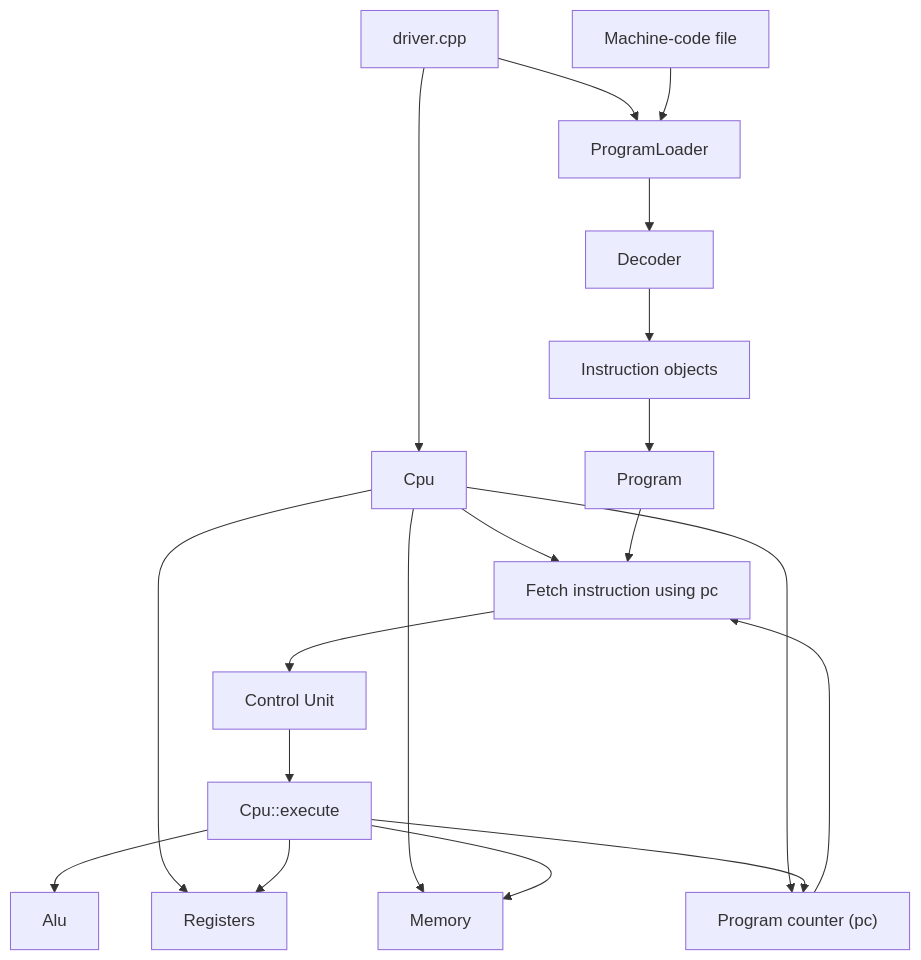
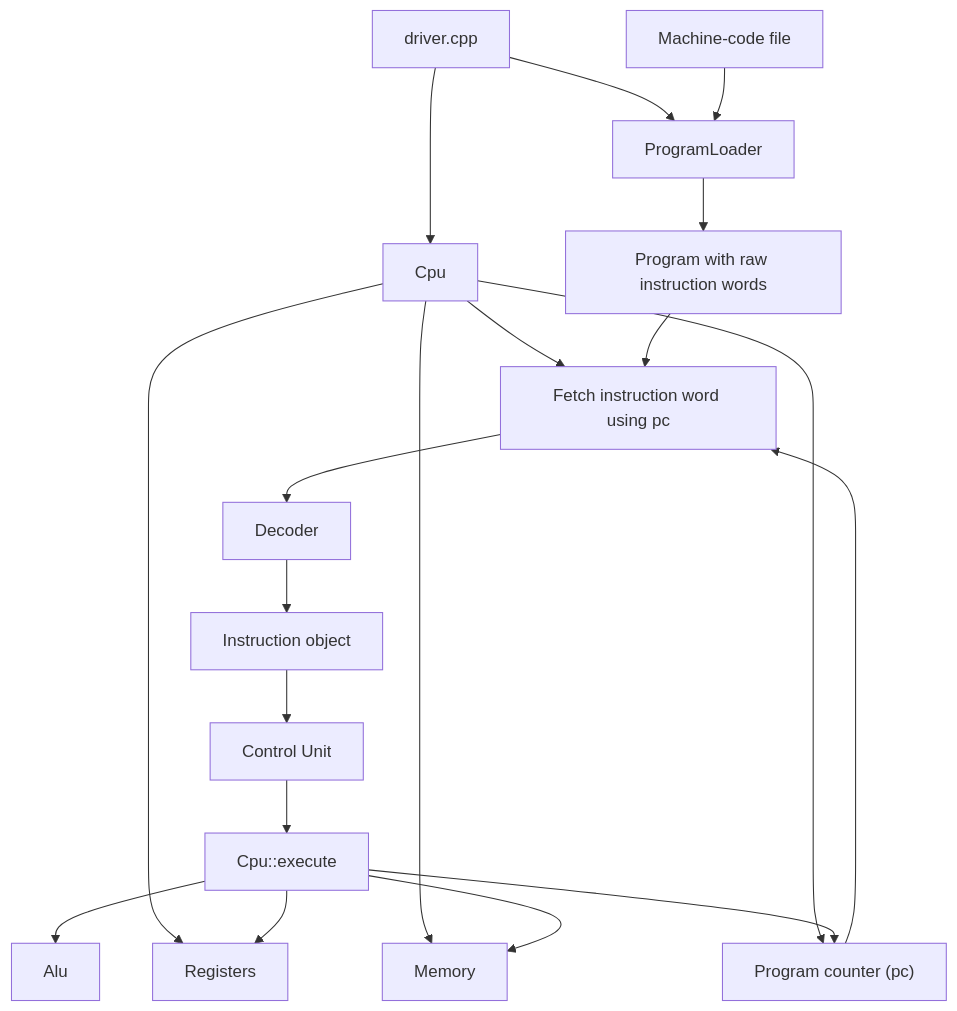
Before and after one commit to iitianpushkar/RISC-V-ISA-Simulator: the diagram in README.md, drawn with Mermaid. The commit also changed other lines of this file and 6 other files, not shown here.

````diff
--- a/README.md
+++ b/README.md
@@ -21,21 +21,21 @@
 ```mermaid
 flowchart TD
     A["driver.cpp"] --> B["ProgramLoader"]
     N["Machine-code file"] --> B
-    B --> C["Decoder"]
-    C --> D["Instruction objects"]
-    D --> E["Program"]
+    B --> E["Program with raw instruction words"]
     A --> F["Cpu"]
     F --> G["Registers"]
     F --> H["Memory"]
     F --> I["Program counter (pc)"]
-    F --> J["Fetch instruction using pc"]
+    F --> J["Fetch instruction word using pc"]
     E --> J
-    J --> M["Control Unit"]
+    J --> C["Decoder"]
+    C --> D["Instruction object"]
+    D --> M["Control Unit"]
     M --> K["Cpu::execute"]
     K --> L["Alu"]
     K --> G
     K --> H
     K --> I
     I --> J
 ```
````
